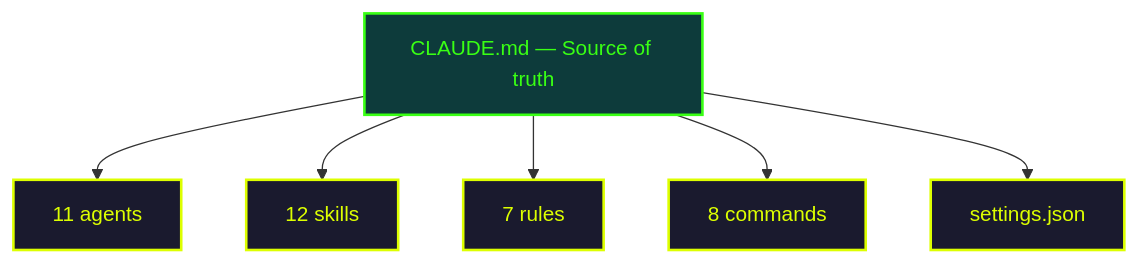
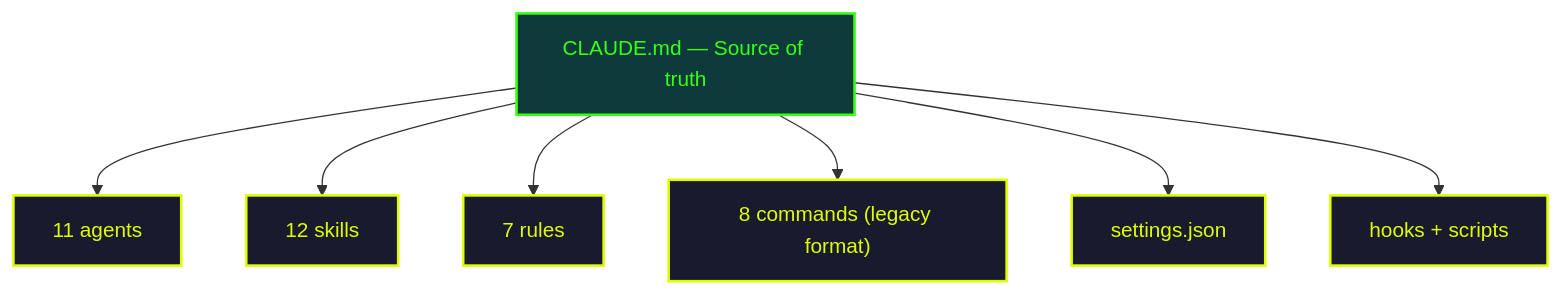
The fourth of 15 diagrams in docs/en/guide/methodology.md (fondative/claude-code-ecosystem), drawn with Mermaid before and after one commit. The commit also changed other lines of this file and 395 other files, not shown here.

````diff
--- a/docs/en/guide/methodology.md
+++ b/docs/en/guide/methodology.md
@@ -193,15 +224,16 @@
 ```mermaid
 graph TB
     CM["CLAUDE.md — Source of truth"]
 
     CM --> AG["11 agents"]
     CM --> SK["12 skills"]
     CM --> RU["7 rules"]
-    CM --> CO["8 commands"]
+    CM --> CO["8 commands (legacy format)"]
     CM --> SE["settings.json"]
+    CM --> HK["hooks + scripts"]
 
     classDef source fill:#0d3b3b,stroke:#39ff14,stroke-width:2px,color:#39ff14
     classDef item fill:#1a1a2e,stroke:#ddff00,stroke-width:2px,color:#ddff00
     class CM source
-    class AG,SK,RU,CO,SE item
+    class AG,SK,RU,CO,SE,HK item
 ```
````
